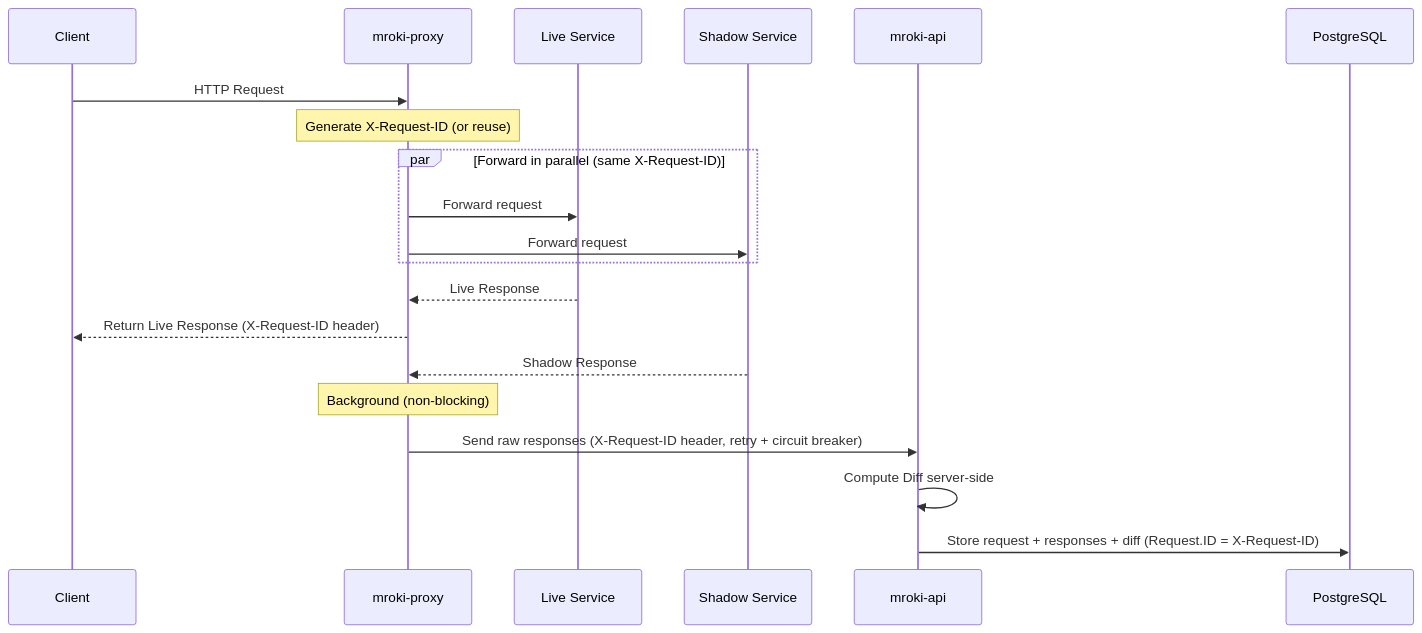
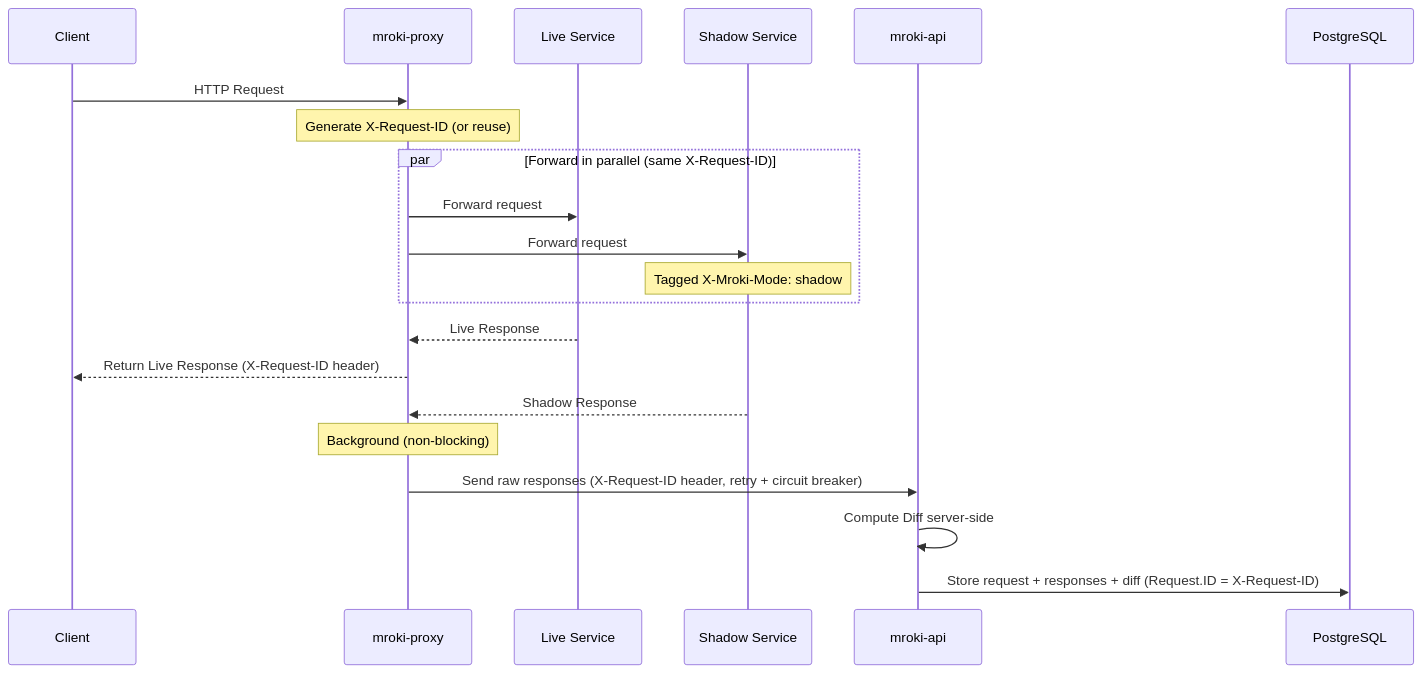
The second of 2 diagrams in docs/architecture/OVERVIEW.md (pedrobarco/mroki), drawn with Mermaid before and after one commit. The commit also changed other lines of this file and 6 other files, not shown here.

Commit message:
feat(proxy): add X-Mroki-Mode header to shadow requests (#85)

````diff
--- a/docs/architecture/OVERVIEW.md
+++ b/docs/architecture/OVERVIEW.md
@@ -115,23 +116,24 @@
 ```mermaid
 sequenceDiagram
     participant C as Client
     participant P as mroki-proxy
     participant L as Live Service
     participant S as Shadow Service
     participant API as mroki-api
     participant DB as PostgreSQL
 
     C->>P: HTTP Request
     Note over P: Generate X-Request-ID (or reuse)
     par Forward in parallel (same X-Request-ID)
         P->>L: Forward request
         P->>S: Forward request
+        Note over S: Tagged X-Mroki-Mode: shadow
     end
     L-->>P: Live Response
     P-->>C: Return Live Response (X-Request-ID header)
     S-->>P: Shadow Response
     Note over P: Background (non-blocking)
     P->>API: Send raw responses (X-Request-ID header, retry + circuit breaker)
     API->>API: Compute Diff server-side
     API->>DB: Store request + responses + diff (Request.ID = X-Request-ID)
 ```
````
